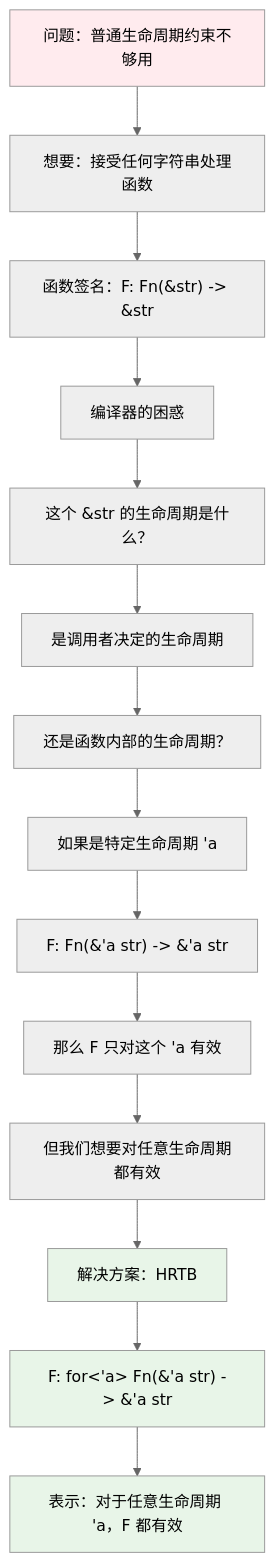
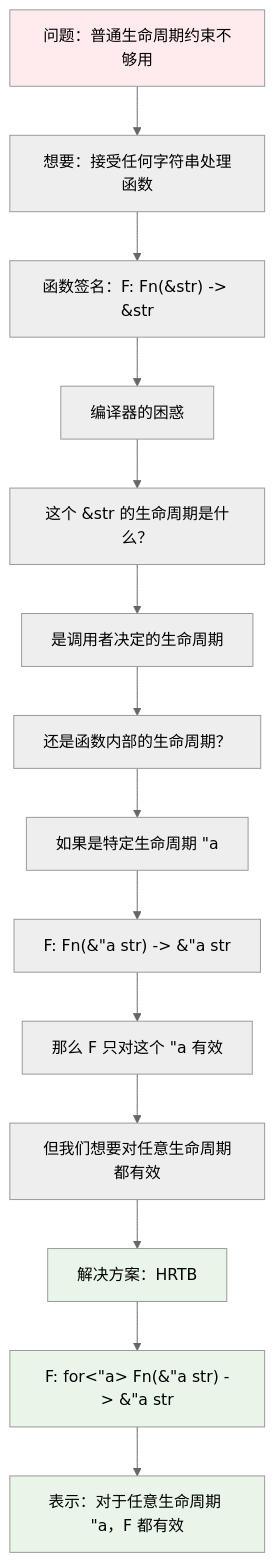
Before and after one commit to hicms/rust: the eighth of 27 diagrams in rust_advanced_syntax_guide.md, drawn with Mermaid (neutral theme).

````diff
--- a/rust_advanced_syntax_guide.md
+++ b/rust_advanced_syntax_guide.md
@@ -352,24 +352,24 @@
 ```mermaid
 graph TB
     A["问题：普通生命周期约束不够用"] --> B["想要：接受任何字符串处理函数"]
-    B --> C["函数签名：F: Fn(&str) -> &str"]
+    B --> C["函数签名：F: Fn(&amp;str) -&gt; &amp;str"]
     
     C --> D["编译器的困惑"]
-    D --> E["这个 &str 的生命周期是什么？"]
+    D --> E["这个 &amp;str 的生命周期是什么？"]
     E --> F["是调用者决定的生命周期"]
     F --> G["还是函数内部的生命周期？"]
     
-    G --> H["如果是特定生命周期 'a"]
-    H --> I["F: Fn(&'a str) -> &'a str"]
-    I --> J["那么 F 只对这个 'a 有效"]
+    G --> H["如果是特定生命周期 &quot;a"]
+    H --> I["F: Fn(&amp;&quot;a str) -&gt; &amp;&quot;a str"]
+    I --> J["那么 F 只对这个 &quot;a 有效"]
     J --> K["但我们想要对任意生命周期都有效"]
     
     K --> L["解决方案：HRTB"]
-    L --> M["F: for&lt;'a&gt; Fn(&'a str) -> &'a str"]
-    M --> N["表示：对于任意生命周期 'a，F 都有效"]
+    L --> M["F: for&lt;&quot;a&gt; Fn(&amp;&quot;a str) -&gt; &amp;&quot;a str"]
+    M --> N["表示：对于任意生命周期 &quot;a，F 都有效"]
     
     style A fill:#ffebee
     style L fill:#e8f5e8
     style M fill:#e8f5e8
     style N fill:#e8f5e8
 ```
````
